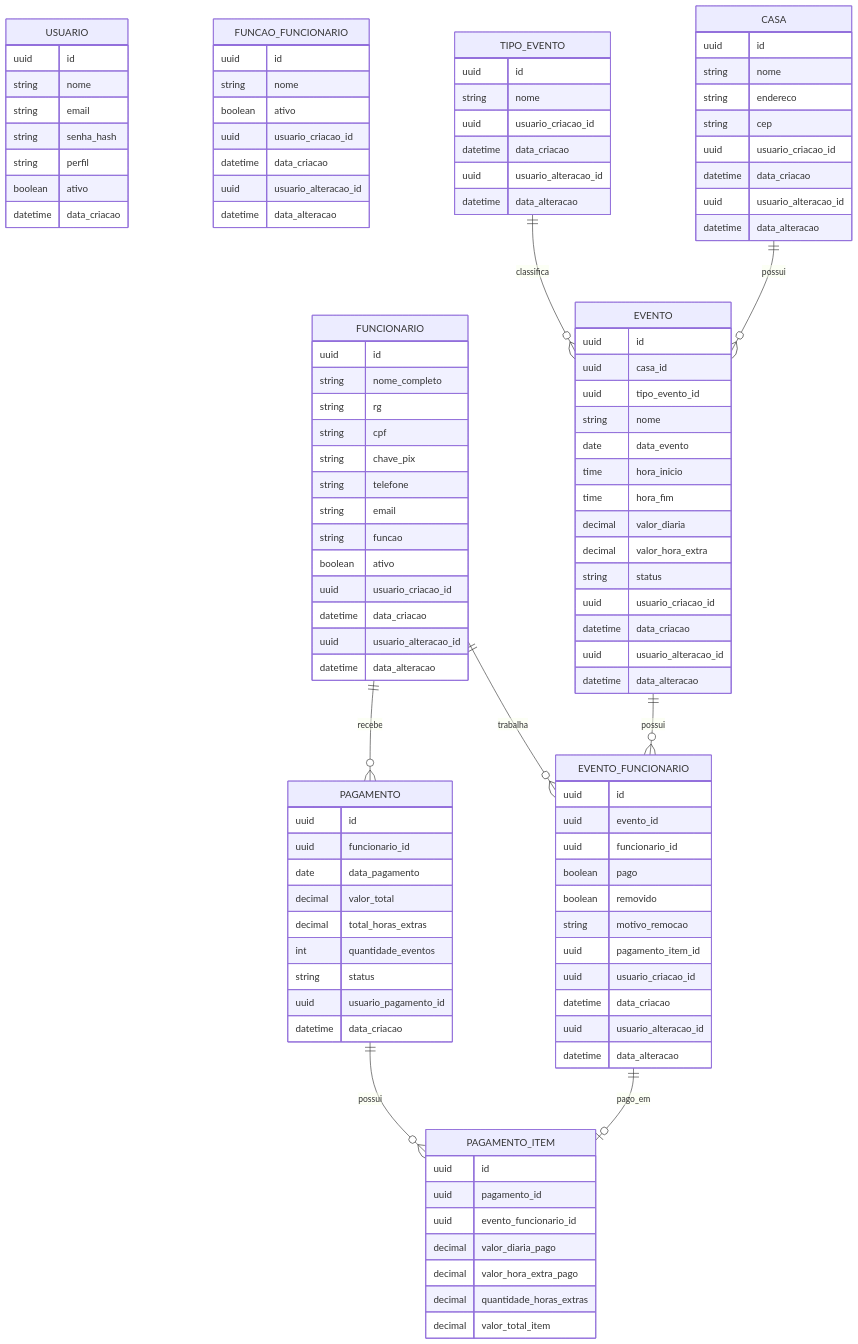
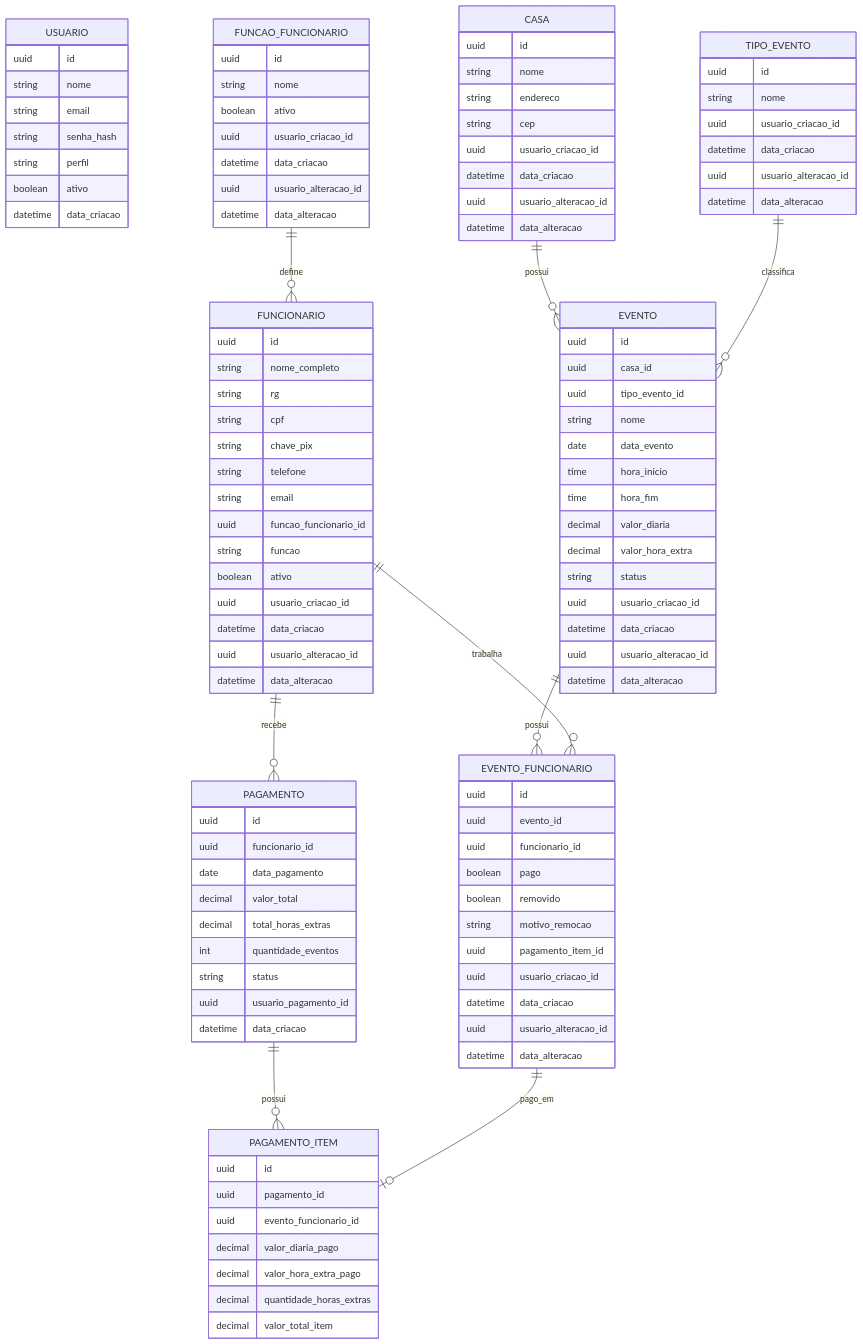
Before and after one commit to AntonioNetoOl/tag-gestao-seguranca: the diagram in docs/modelagem/modelo-entidade-relacionamento.md, drawn with Mermaid. The commit also changed other lines of this file, not shown here.

Commit message:
docs: update frontend ER with employee role relation

```diff
--- a/docs/modelagem/modelo-entidade-relacionamento.md
+++ b/docs/modelagem/modelo-entidade-relacionamento.md
@@ -20,6 +20,7 @@
         string chave_pix
         string telefone
         string email
+        uuid funcao_funcionario_id
         string funcao
         boolean ativo
         uuid usuario_criacao_id
@@ -111,6 +112,7 @@
         decimal valor_total_item
     }
 
+    FUNCAO_FUNCIONARIO ||--o{ FUNCIONARIO : define
     CASA ||--o{ EVENTO : possui
     TIPO_EVENTO ||--o{ EVENTO : classifica
     EVENTO ||--o{ EVENTO_FUNCIONARIO : possui
```
